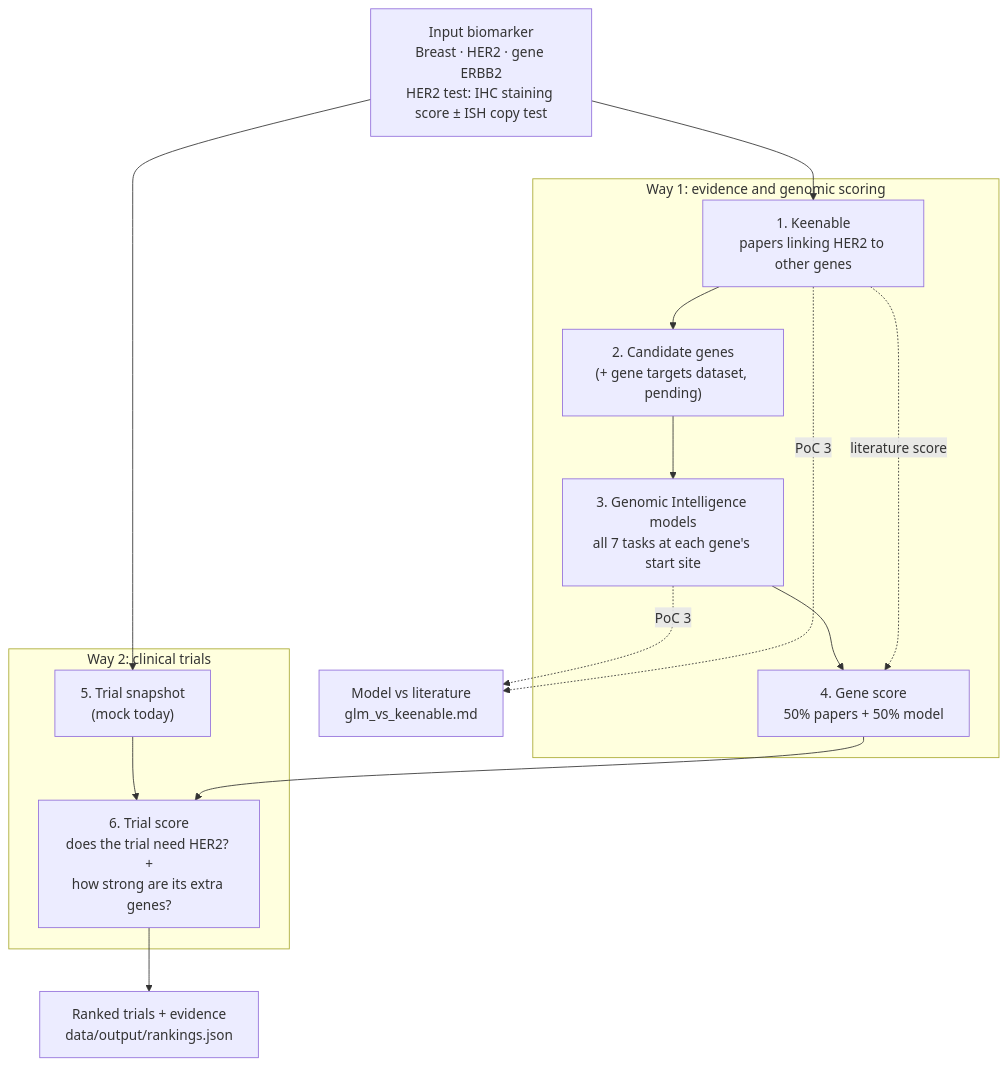
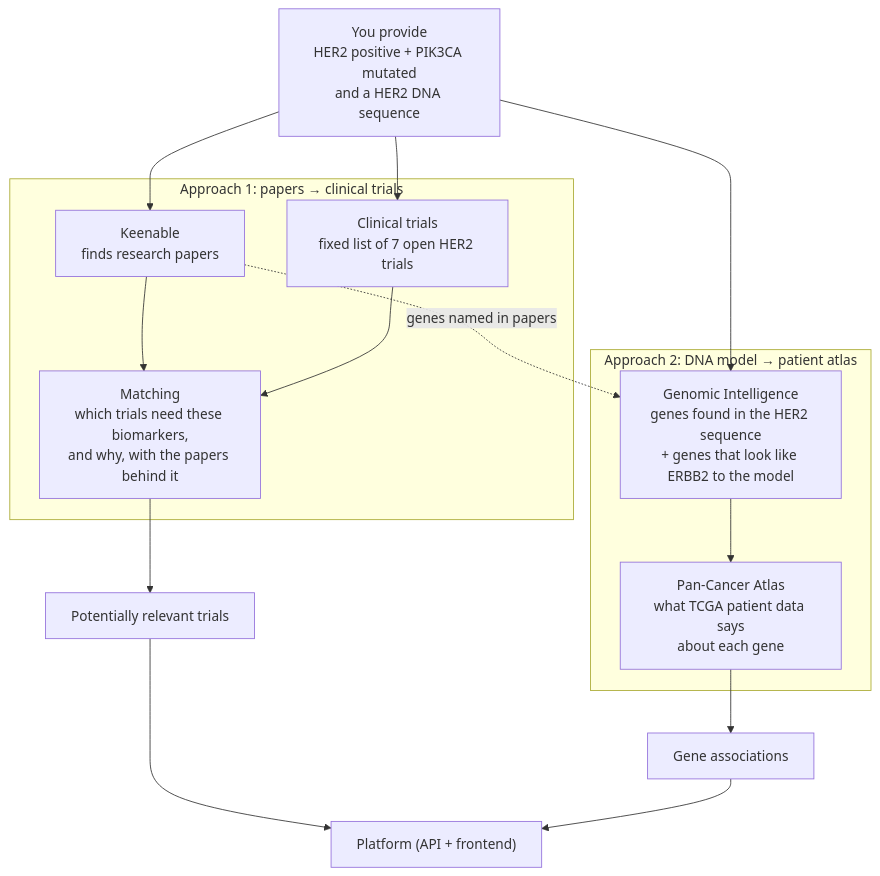
Before and after one commit to Contactashmeetsingh/B5-hackers: the diagram in README.md, drawn with Mermaid. The commit also changed other lines of this file and 11 other files, not shown here.

First line of the commit message:
Docs: architecture v2 (two approaches, no scoring) in AGENTS.md, README.md and new HUMAN.md tracker

````diff
--- a/README.md
+++ b/README.md
@@ -68,26 +14,28 @@
 ```mermaid
 flowchart TD
-    IN["Input biomarker<br/>Breast · HER2 · gene ERBB2<br/>HER2 test: IHC staining score ± ISH copy test"]
+    IN["You provide<br/>HER2 positive + PIK3CA mutated<br/>and a HER2 DNA sequence"]
 
-    subgraph W1["Way 1: evidence and genomic scoring"]
-        P["1. Keenable<br/>papers linking HER2 to other genes"]
-        G["2. Candidate genes<br/>(+ gene targets dataset, pending)"]
-        M["3. Genomic Intelligence models<br/>all 7 tasks at each gene's start site"]
-        GS["4. Gene score<br/>50% papers + 50% model"]
-        P --> G --> M --> GS
-        P -. "literature score" .-> GS
+    subgraph A1["Approach 1: papers → clinical trials"]
+        K["Keenable<br/>finds research papers"]
+        T["Clinical trials<br/>fixed list of 7 open HER2 trials"]
+        M["Matching<br/>which trials need these biomarkers,<br/>and why, with the papers behind it"]
+        K --> M
+        T --> M
     end
 
-    subgraph W2["Way 2: clinical trials"]
-        T["5. Trial snapshot<br/>(mock today)"]
-        TS["6. Trial score<br/>does the trial need HER2? +<br/>how strong are its extra genes?"]
-        T --> TS
+    subgraph A2["Approach 2: DNA model → patient atlas"]
+        G["Genomic Intelligence<br/>genes found in the HER2 sequence<br/>+ genes that look like ERBB2 to the model"]
+        P["Pan-Cancer Atlas<br/>what TCGA patient data says<br/>about each gene"]
+        G --> P
     end
 
-    IN --> P
+    IN --> K
     IN --> T
-    GS --> TS
-    TS --> R["Ranked trials + evidence<br/>data/output/rankings.json"]
-    M -. "PoC 3" .-> CMP["Model vs literature<br/>glm_vs_keenable.md"]
-    P -. "PoC 3" .-> CMP
+    IN --> G
+    K -. "genes named in papers" .-> G
+
+    M --> O1["Potentially relevant trials"]
+    P --> O2["Gene associations"]
+    O1 --> UI["Platform (API + frontend)"]
+    O2 --> UI
 ```
````
